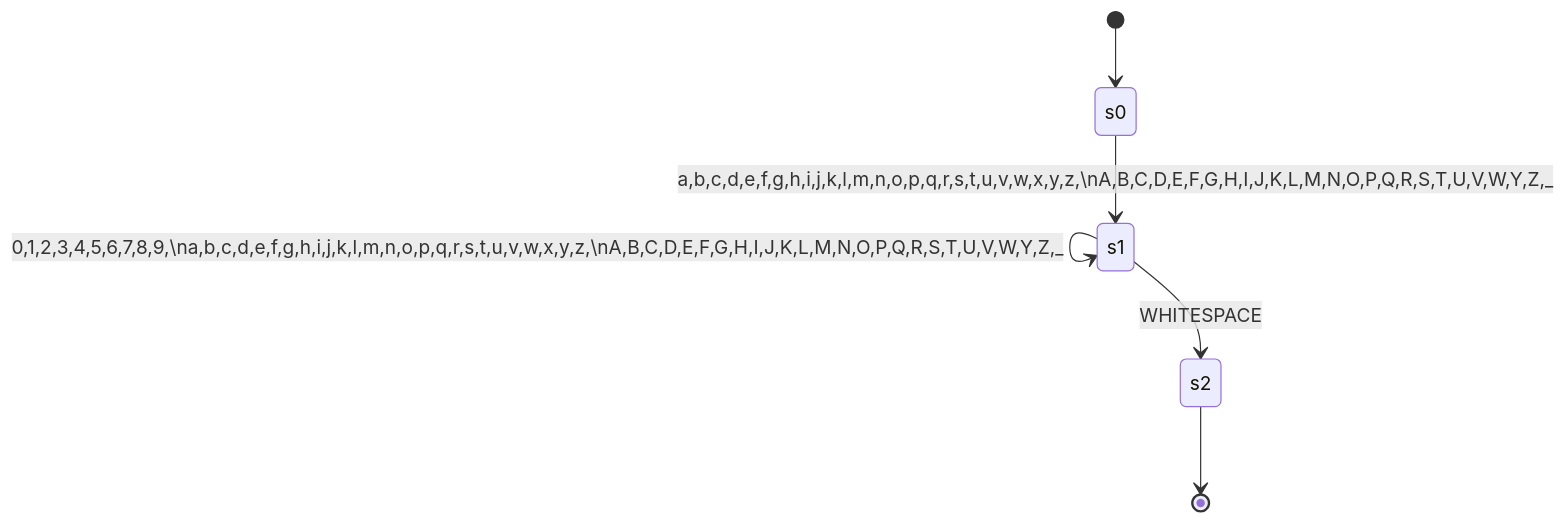
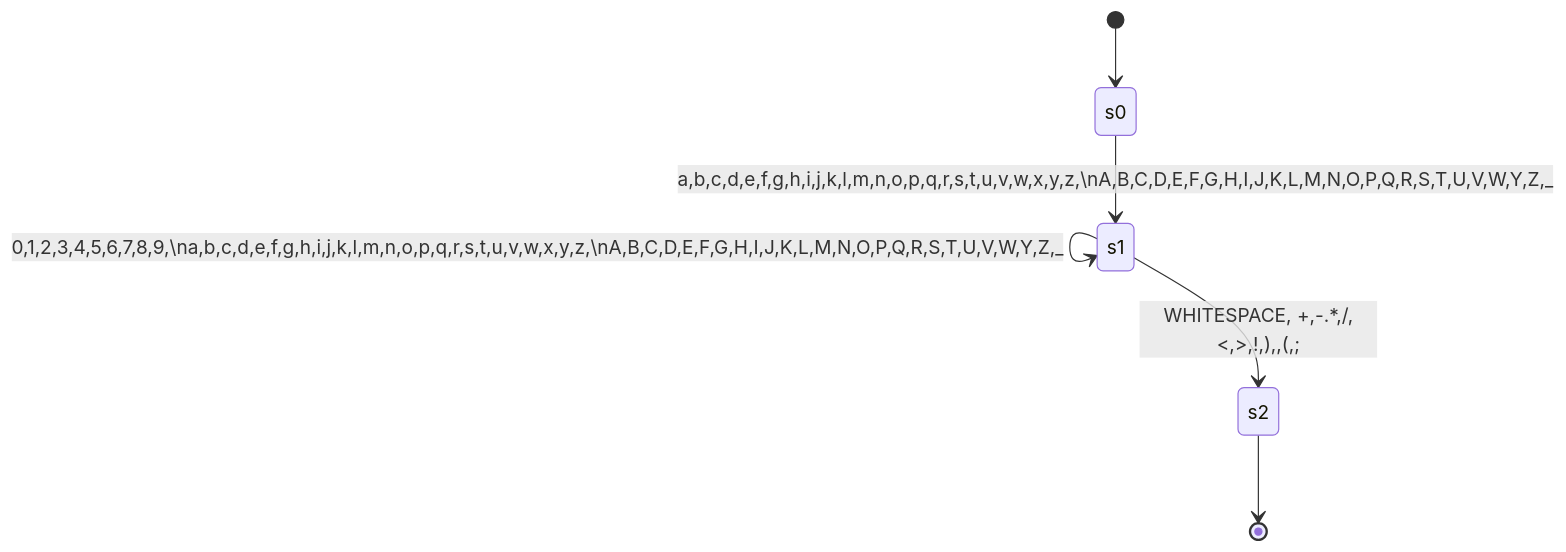
Before and after one commit to fbuedding/faul-compiler: the second of 2 diagrams in README.md, drawn with Mermaid. The commit also changed 6 other files, not shown here.

````diff
--- a/README.md
+++ b/README.md
@@ -90,11 +90,11 @@
 ```mermaid
 ---
 Title: Word Parser
 ---
 stateDiagram-v2
     [*] --> s0
     s0 --> s1:a,b,c,d,e,f,g,h,i,j,k,l,m,n,o,p,q,r,s,t,u,v,w,x,y,z,\nA,B,C,D,E,F,G,H,I,J,K,L,M,N,O,P,Q,R,S,T,U,V,W,Y,Z,_
     s1 --> s1:0,1,2,3,4,5,6,7,8,9,\na,b,c,d,e,f,g,h,i,j,k,l,m,n,o,p,q,r,s,t,u,v,w,x,y,z,\nA,B,C,D,E,F,G,H,I,J,K,L,M,N,O,P,Q,R,S,T,U,V,W,Y,Z,_
-    s1 --> s2: WHITESPACE
+    s1 --> s2: WHITESPACE, +,-.*,/,<,>,!,),,(,#semi;
     s2 --> [*]
 ``` 
````
